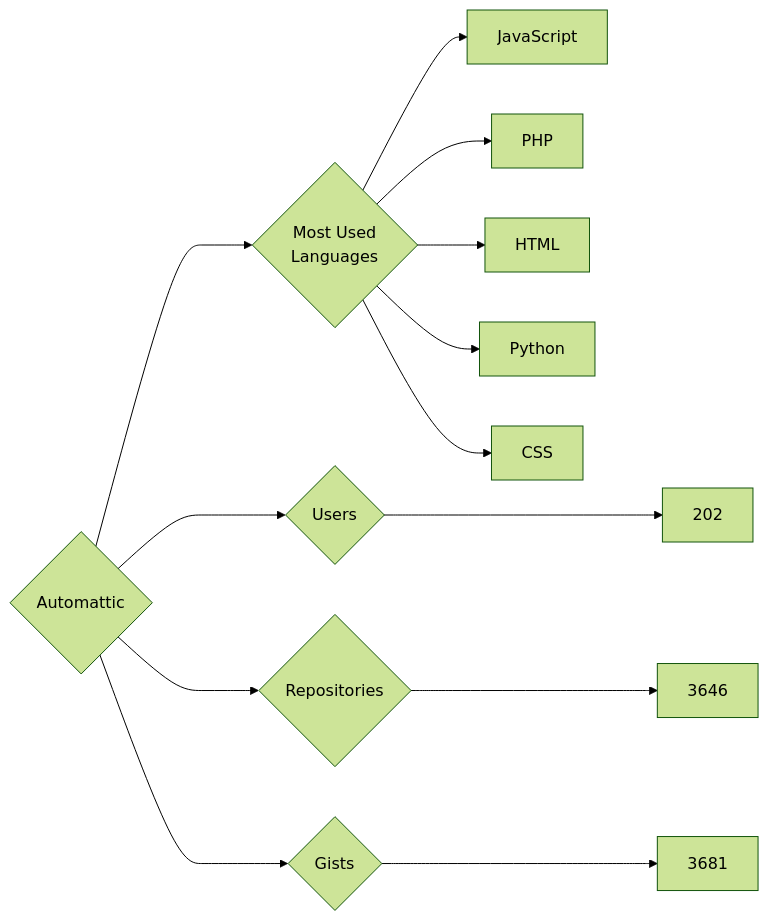
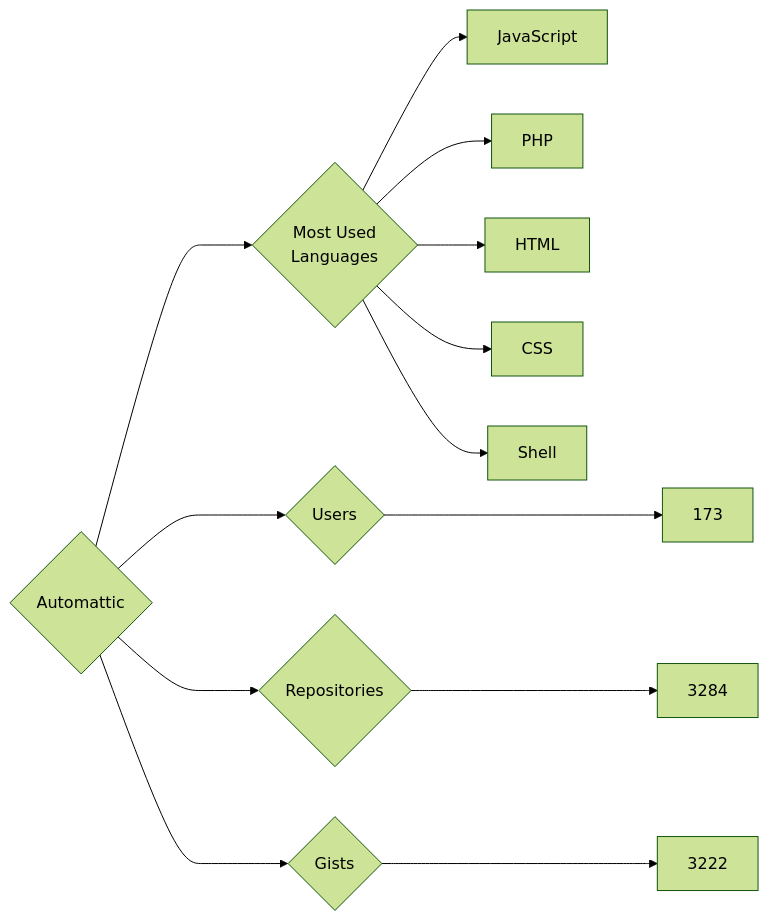
The diagram in targets/Automattic/README.md (trickest/insiders), drawn with Mermaid (forest theme) before and after one commit. The commit also changed 681 other files, not shown here.

````diff
--- a/targets/Automattic/README.md
+++ b/targets/Automattic/README.md
@@ -3,13 +3,13 @@
 ```mermaid
 graph LR
 COMPANY_NAME{Automattic}
-COMPANY_NAME ---> U{Users} ---> UN[202]
-COMPANY_NAME ---> R{Repositories} ---> RN[3646]
-COMPANY_NAME ---> G{Gists} ---> GN[3681]
+COMPANY_NAME ---> U{Users} ---> UN[173]
+COMPANY_NAME ---> R{Repositories} ---> RN[3284]
+COMPANY_NAME ---> G{Gists} ---> GN[3222]
 COMPANY_NAME ---> ML{Most Used<br>Languages}
 ML --> JavaScript[JavaScript]
 ML --> PHP[PHP]
 ML --> HTML[HTML]
-ML --> Python[Python]
 ML --> CSS[CSS]
+ML --> Shell[Shell]
 ```
````
